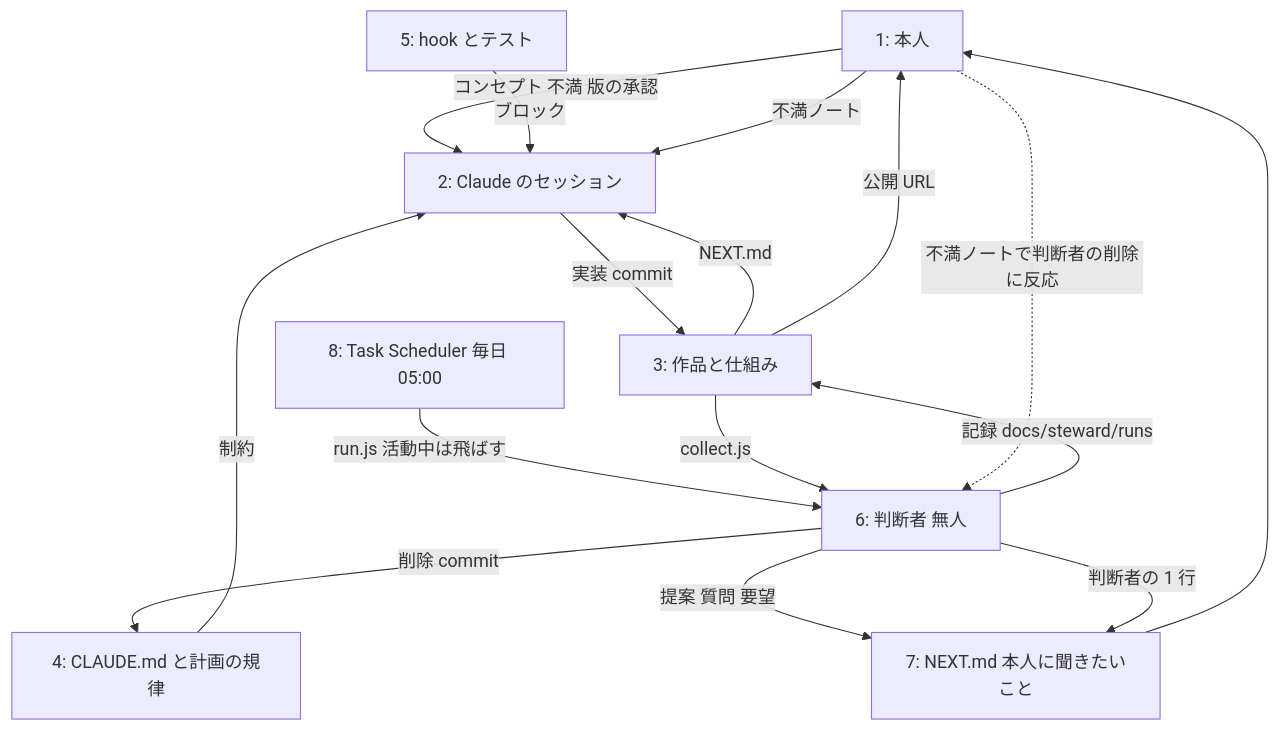
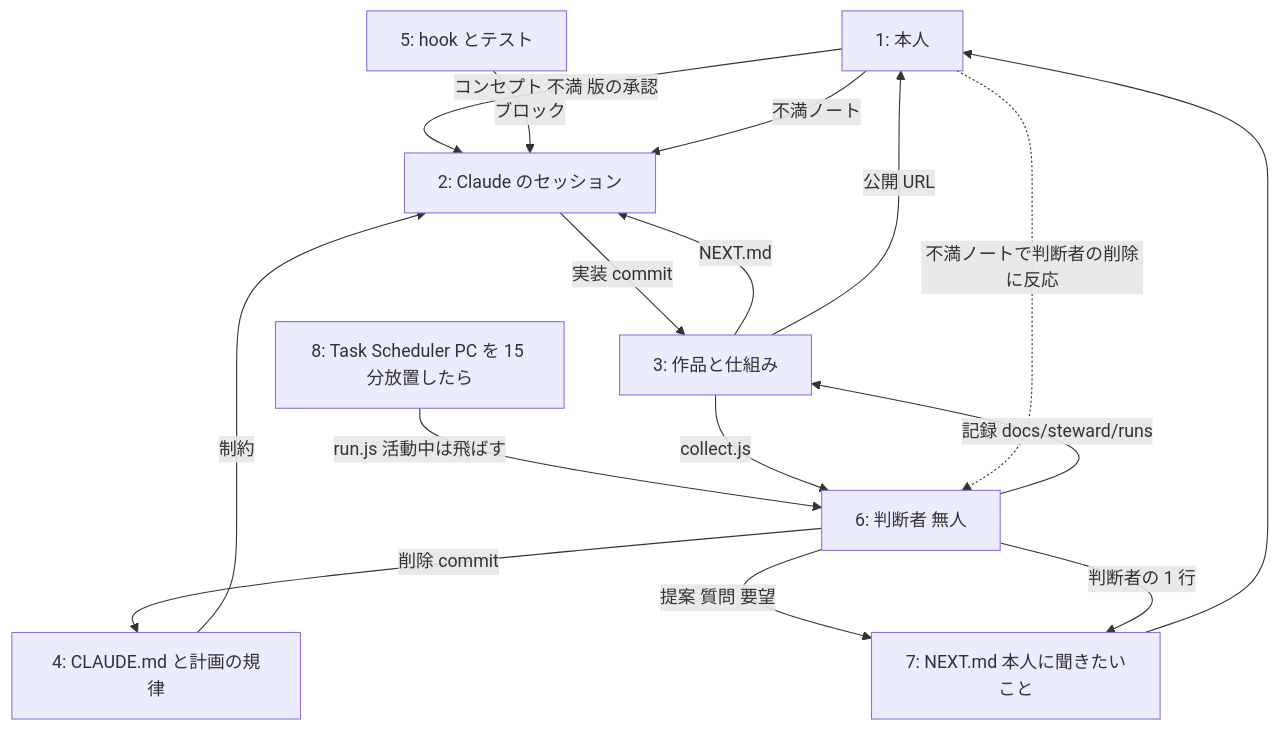
One commit to pokadokan-boop/music_action_lab changed the diagram in docs/steward/control-structure.md. Above: the diagram before and after it, drawn with Mermaid. The commit also changed other lines of this file and 2 other files, not shown here.

First line of the commit message:
[仕組み] 判断者: 2026-11-01 の記録

````diff
--- a/docs/steward/control-structure.md
+++ b/docs/steward/control-structure.md
@@ -4,18 +4,18 @@
 ```mermaid
 graph TD
     H[1: 本人] -->|コンセプト 不満 版の承認| C[2: Claude のセッション]
     C -->|実装 commit| W[3: 作品と仕組み]
     K[4: CLAUDE.md と計画の規律] -->|制約| C
     G[5: hook とテスト] -->|ブロック| C
     W -->|NEXT.md| C
     W -->|公開 URL| H
     H -->|不満ノート| C
-    S[8: Task Scheduler 毎日 05:00] -->|run.js 活動中は飛ばす| J[6: 判断者 無人]
+    S[8: Task Scheduler PC を 15 分放置したら] -->|run.js 活動中は飛ばす| J[6: 判断者 無人]
     J -->|削除 commit| K
     J -->|記録 docs/steward/runs| W
     J -->|提案 質問 要望| N[7: NEXT.md 本人に聞きたいこと]
     J -->|判断者の 1 行| N
     N --> H
     W -->|collect.js| J
     H -.->|不満ノートで判断者の削除に反応| J
 ```
````
